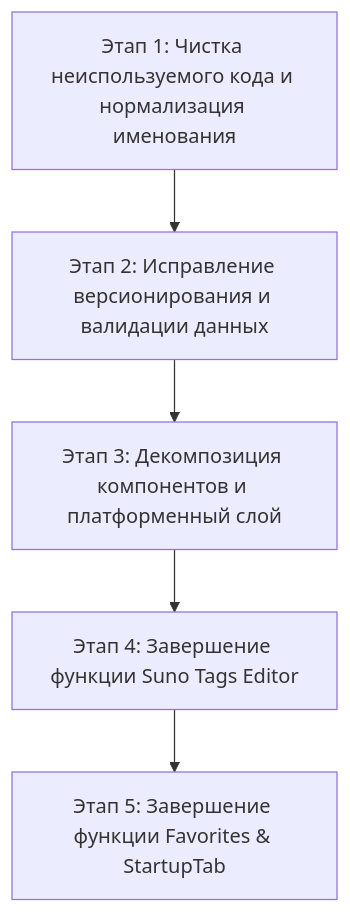
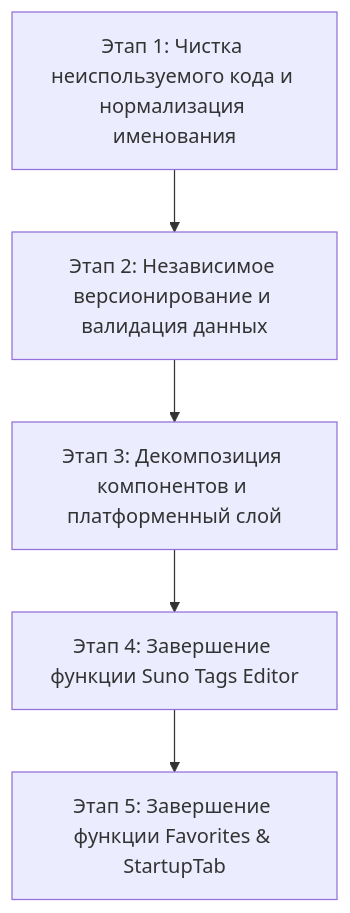
One commit to KartG33/E-dit-New changed the diagram in refactoring_plan.md. Above: the diagram before and after it, drawn with Mermaid. The commit also changed other lines of this file, not shown here.

````diff
--- a/refactoring_plan.md
+++ b/refactoring_plan.md
@@ -106,7 +105,7 @@
 ```mermaid
 graph TD
-    E1[Этап 1: Чистка неиспользуемого кода и нормализация именования] --> E2[Этап 2: Исправление версионирования и валидации данных]
+    E1[Этап 1: Чистка неиспользуемого кода и нормализация именования] --> E2[Этап 2: Независимое версионирование и валидация данных]
     E2 --> E3[Этап 3: Декомпозиция компонентов и платформенный слой]
     E3 --> E4[Этап 4: Завершение функции Suno Tags Editor]
     E4 --> E5[Этап 5: Завершение функции Favorites & StartupTab]
 ```
````
